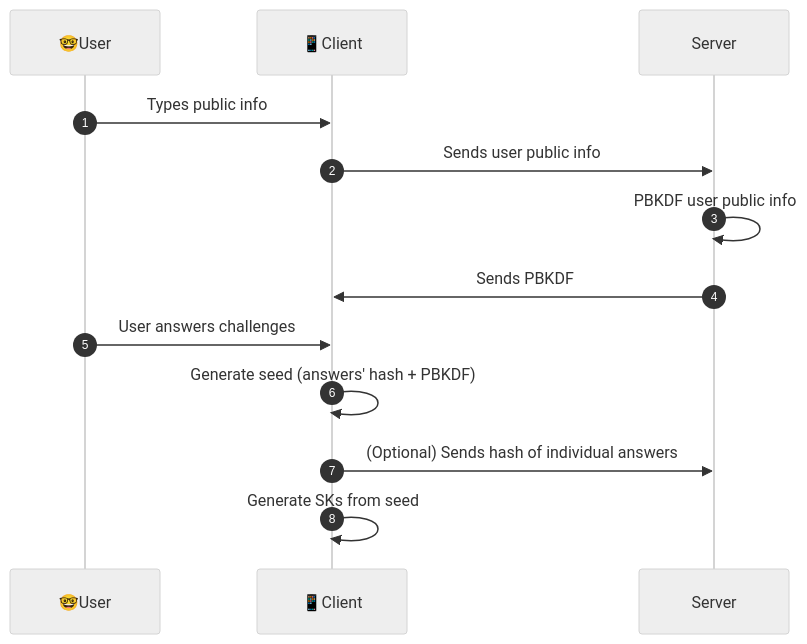
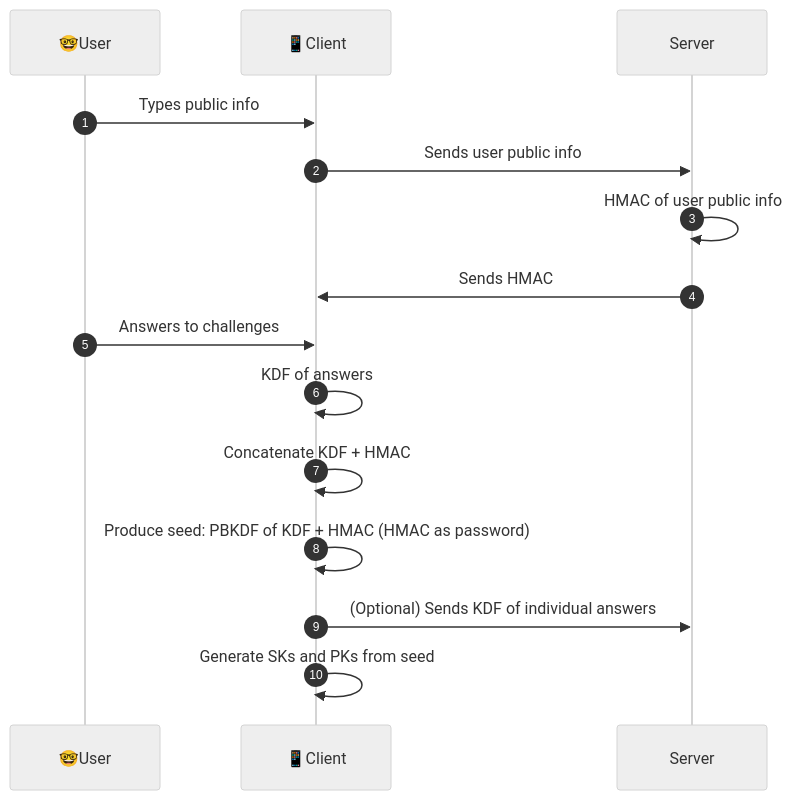
The diagram in README.md (dyne/keypairoom), drawn with Mermaid (neutral theme) before and after one commit. The commit also changed other lines of this file, not shown here.

Commit message:
update mermaid

````diff
--- a/README.md
+++ b/README.md
@@ -7,16 +7,18 @@
 ```mermaid
 sequenceDiagram
 autonumber
   participant U as 🤓User
   participant C as 📱Client
   participant S as Server
   
   U->>C: Types public info
   C->>S: Sends user public info
-  S->>S: PBKDF user public info
-  S->>C: Sends PBKDF
-  U->>C: User answers challenges   
-  C->>C: Generate seed (answers' hash + PBKDF)
-  C->>S: (Optional) Sends hash of individual answers
-  C->>C: Generate SKs from seed 
+  S->>S: HMAC of user public info
+  S->>C: Sends HMAC
+  U->>C: Answers to challenges 
+  C->>C: KDF of answers
+  C->>C: Concatenate KDF + HMAC
+  C->>C: Produce seed: PBKDF of KDF + HMAC (HMAC as password) 
+  C->>S: (Optional) Sends KDF of individual answers
+  C->>C: Generate SKs and PKs from seed 
 ```
````
